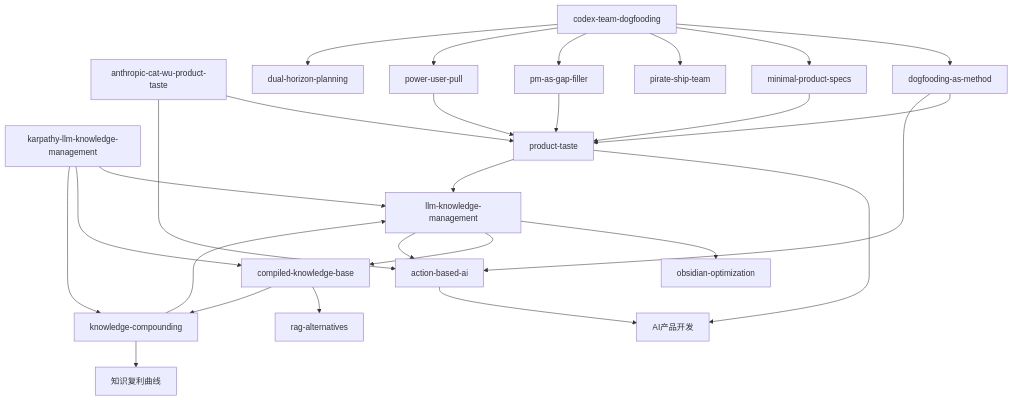
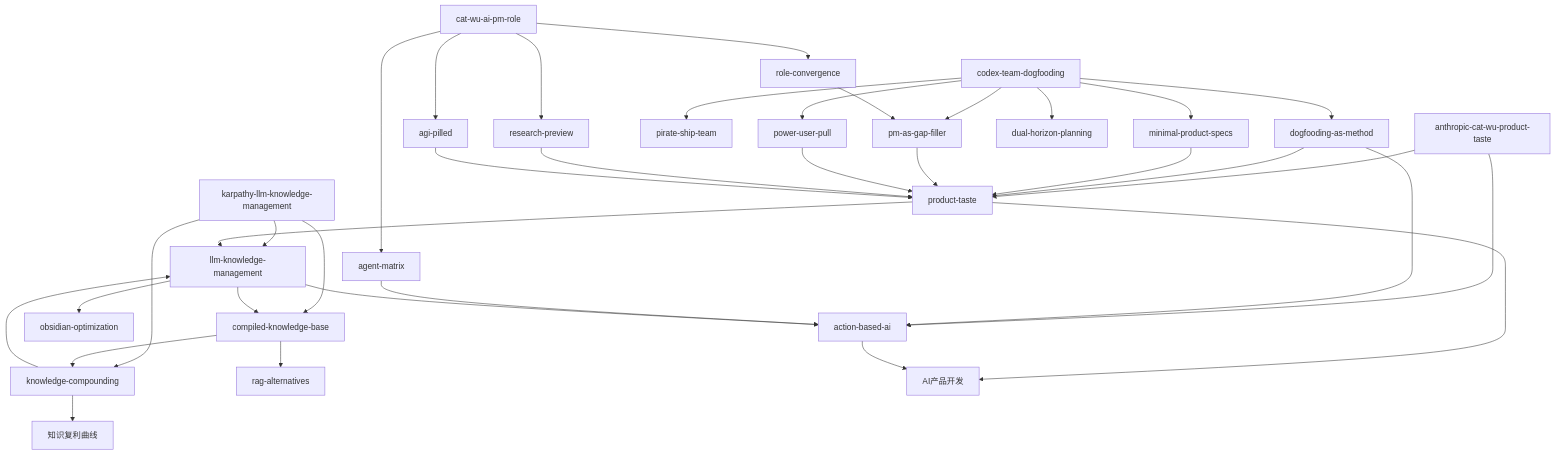
The diagram in wiki/home.md (RoseWsp/wikirose), drawn with Mermaid before and after one commit. The commit also changed other lines of this file and 19 other files, not shown here.

````diff
--- a/wiki/home.md
+++ b/wiki/home.md
@@ -16,33 +16,42 @@
 ```mermaid
 graph TD
     A[karpathy-llm-knowledge-management] --> B[llm-knowledge-management]
     A --> C[compiled-knowledge-base] 
     A --> D[knowledge-compounding]
     B --> E[obsidian-optimization]
     C --> F[rag-alternatives]
     D --> G[知识复利曲线]
     
     B --> C
     C --> D
     D --> B
     
     H[anthropic-cat-wu-product-taste] --> I[product-taste]
     H --> J[action-based-ai]
     I --> K[AI产品开发]
     J --> K
 
     L[codex-team-dogfooding] --> M[dogfooding-as-method]
     L --> N[minimal-product-specs]
     L --> O[pirate-ship-team]
     L --> P[pm-as-gap-filler]
     L --> Q[power-user-pull]
     L --> R[dual-horizon-planning]
     M --> I
     N --> I
     P --> I
     Q --> I
     M --> J
 
+    S[cat-wu-ai-pm-role] --> T[research-preview]
+    S --> U[agi-pilled]
+    S --> V[role-convergence]
+    S --> W[agent-matrix]
+    T --> I
+    U --> I
+    V --> P
+    W --> J
+
     B --> J
     I --> B
 ```
````
